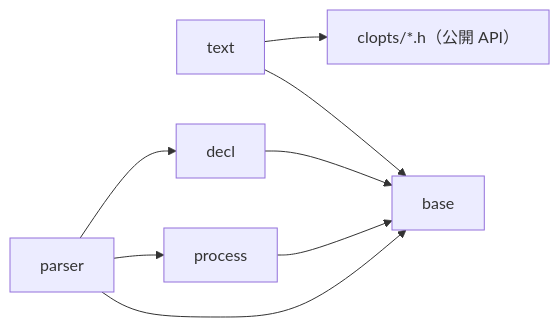
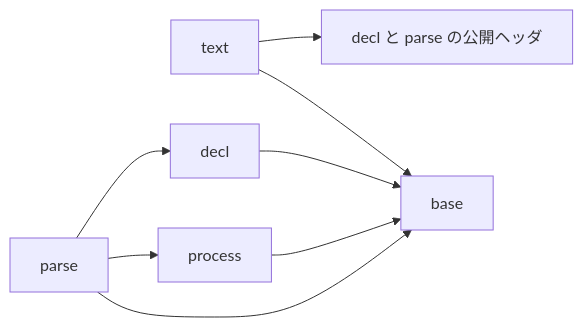
One commit to ktdevx/clopts-private changed the first of 2 diagrams in docs/dev/architecture.md. Above: the diagram before and after it, drawn with Mermaid. The commit also changed other lines of this file and 94 other files, not shown here.

````diff
--- a/docs/dev/architecture.md
+++ b/docs/dev/architecture.md
@@ -21,10 +21,10 @@
 ```mermaid
 flowchart LR
-    text --> parser_api["clopts/*.h（公開 API）"]
-    parser --> decl
-    parser --> process
+    text --> public["decl と parse の公開ヘッダ"]
+    text --> base
+    parse --> decl
+    parse --> process
+    parse --> base
     decl --> base
-    parser --> base
-    text --> base
     process --> base
 ```
````
